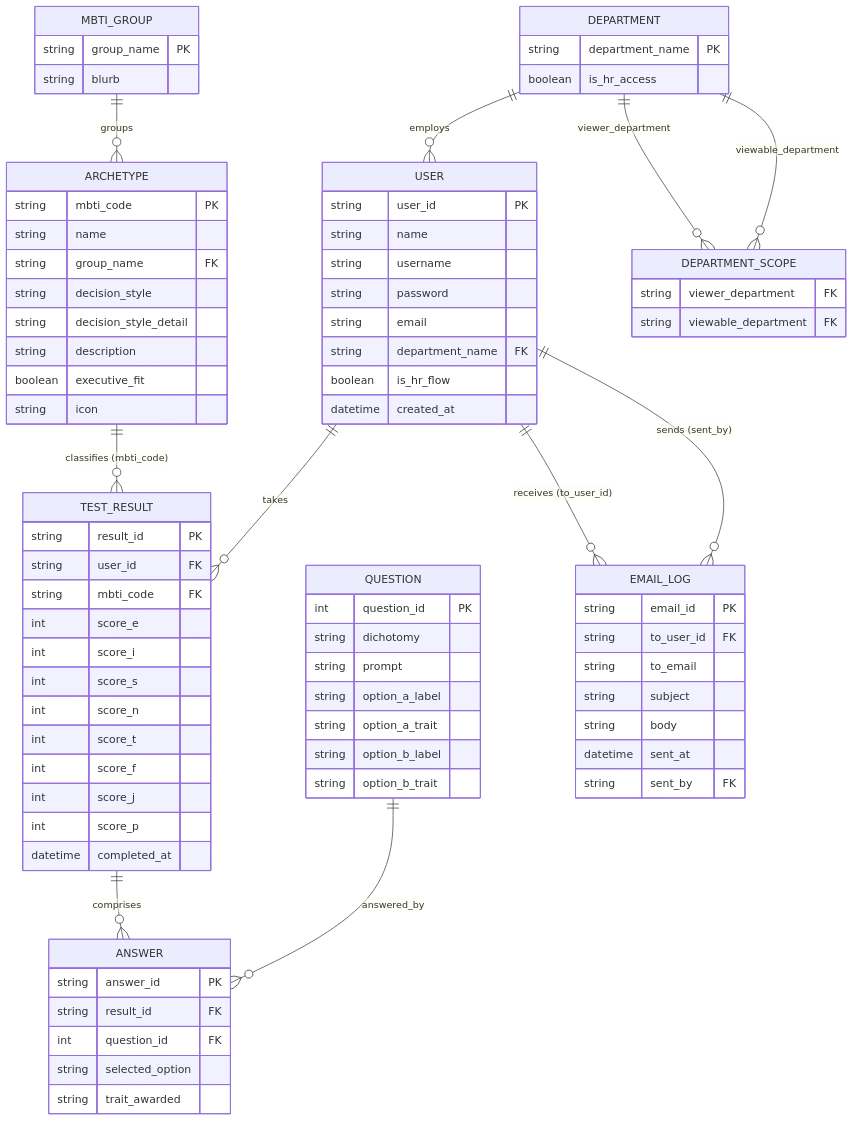
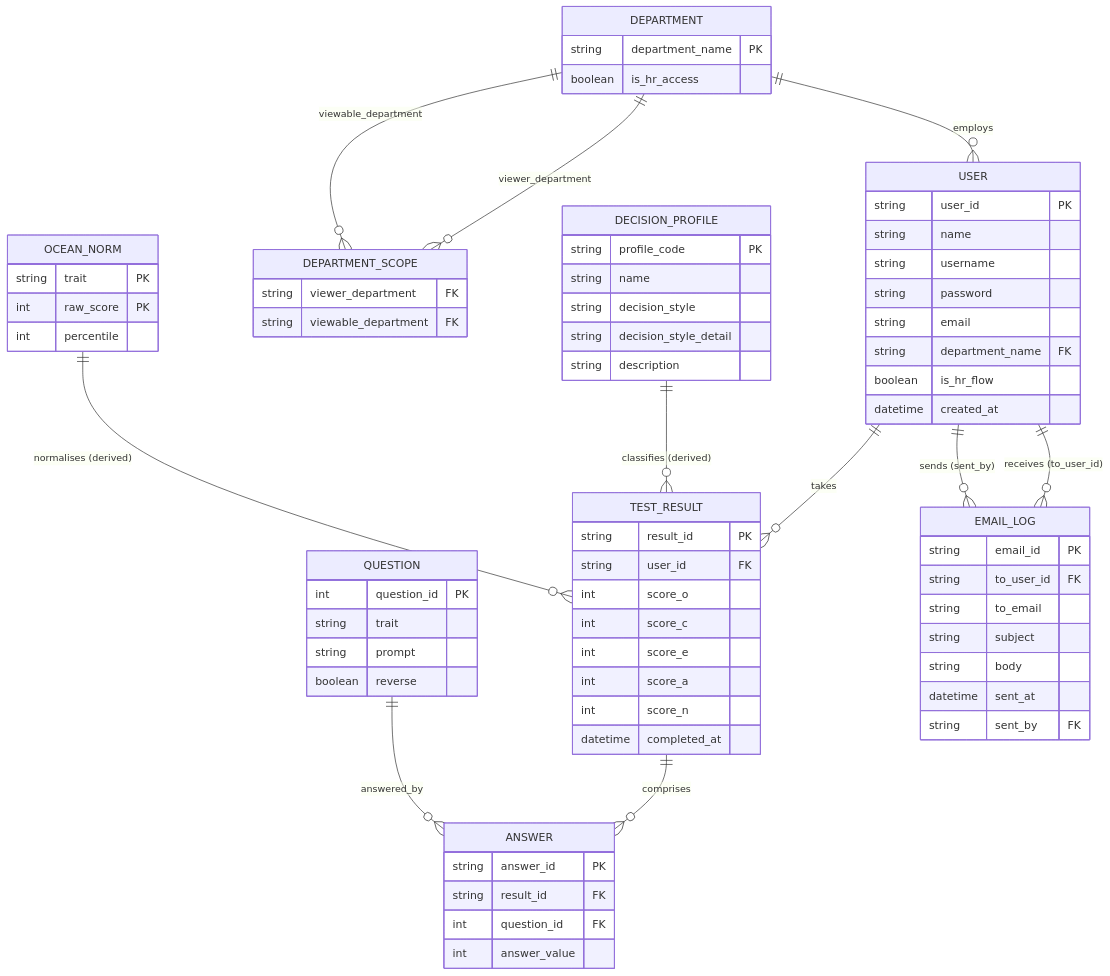
One commit to Punnaw1t/mbti-banking-app changed the second of 2 diagrams in README.md. Above: the diagram before and after it, drawn with Mermaid. The commit also changed other lines of this file and 1 other file, not shown here.

```diff
--- a/README.md
+++ b/README.md
@@ -144,8 +144,8 @@
     USER ||--o{ TEST_RESULT : "takes"
     TEST_RESULT ||--o{ ANSWER : "comprises"
     QUESTION ||--o{ ANSWER : "answered_by"
-    ARCHETYPE ||--o{ TEST_RESULT : "classifies (mbti_code)"
-    MBTI_GROUP ||--o{ ARCHETYPE : "groups"
+    DECISION_PROFILE ||--o{ TEST_RESULT : "classifies (derived)"
+    OCEAN_NORM ||--o{ TEST_RESULT : "normalises (derived)"
     USER ||--o{ EMAIL_LOG : "receives (to_user_id)"
     USER ||--o{ EMAIL_LOG : "sends (sent_by)"
 
@@ -169,47 +169,37 @@
     }
     QUESTION {
         int question_id PK
-        string dichotomy
+        string trait
         string prompt
-        string option_a_label
-        string option_a_trait
-        string option_b_label
-        string option_b_trait
+        boolean reverse
     }
     TEST_RESULT {
         string result_id PK
         string user_id FK
-        string mbti_code FK
+        int score_o
+        int score_c
         int score_e
-        int score_i
-        int score_s
+        int score_a
         int score_n
-        int score_t
-        int score_f
-        int score_j
-        int score_p
         datetime completed_at
     }
     ANSWER {
         string answer_id PK
         string result_id FK
         int question_id FK
-        string selected_option
-        string trait_awarded
+        int answer_value
     }
-    MBTI_GROUP {
-        string group_name PK
-        string blurb
+    OCEAN_NORM {
+        string trait PK
+        int raw_score PK
+        int percentile
     }
-    ARCHETYPE {
-        string mbti_code PK
+    DECISION_PROFILE {
+        string profile_code PK
         string name
-        string group_name FK
         string decision_style
         string decision_style_detail
         string description
-        boolean executive_fit
-        string icon
     }
     EMAIL_LOG {
         string email_id PK
```
